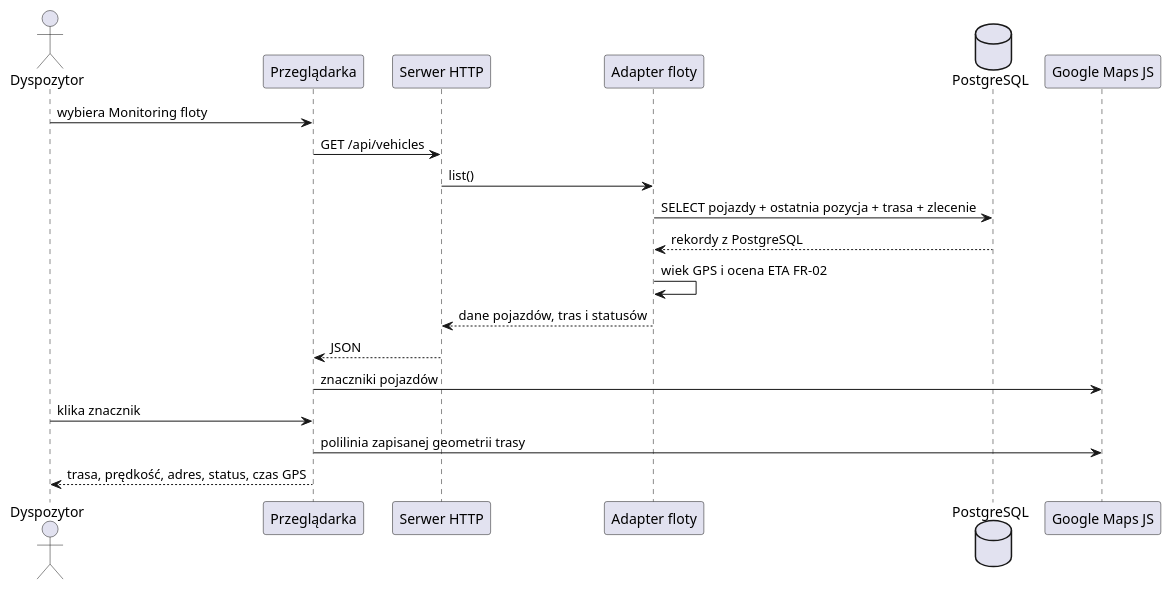
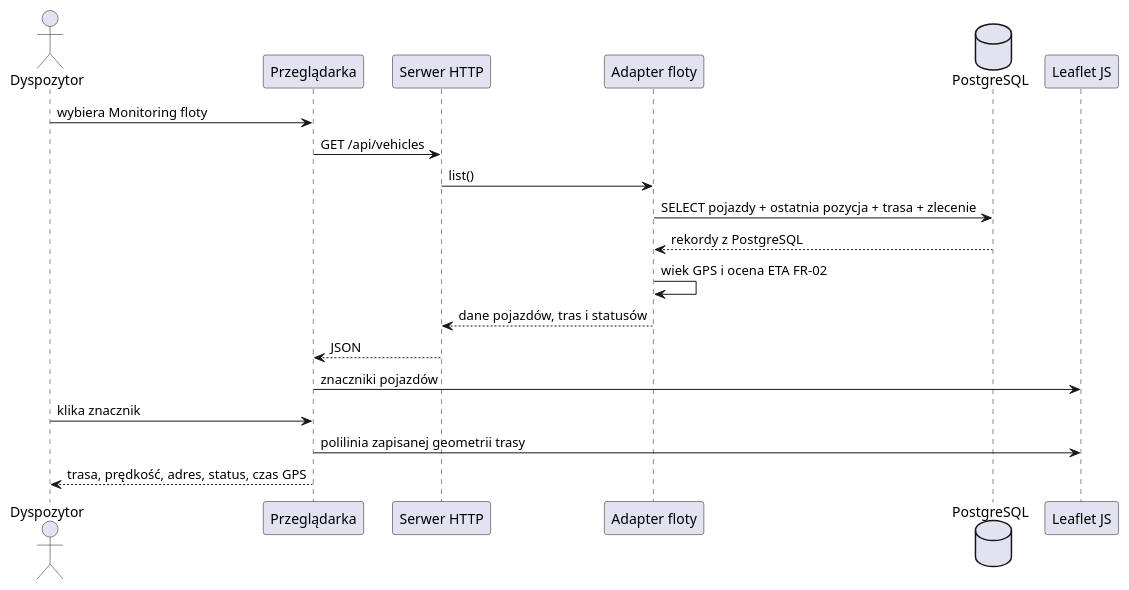
The third of 8 diagrams in docs/architektura.md (nossixd/5f-outpost), drawn with PlantUML before and after one commit. The commit also changed other lines of this file and 21 other files, not shown here.

Commit message:
Integracja monitorowania tras, Leaflet i migracja ERD

````diff
--- a/docs/architektura.md
+++ b/docs/architektura.md
@@ -100,22 +97,22 @@
 ```plantuml
 @startuml
 actor Dyspozytor
 participant "Przeglądarka" as UI
 participant "Serwer HTTP" as API
 participant "Adapter floty" as Fleet
 database PostgreSQL as DB
-participant "Google Maps JS" as Maps
+participant "Leaflet JS" as Maps
 Dyspozytor -> UI : wybiera Monitoring floty
 UI -> API : GET /api/vehicles
 API -> Fleet : list()
 Fleet -> DB : SELECT pojazdy + ostatnia pozycja + trasa + zlecenie
 DB --> Fleet : rekordy z PostgreSQL
 Fleet -> Fleet : wiek GPS i ocena ETA FR-02
 Fleet --> API : dane pojazdów, tras i statusów
 API --> UI : JSON
 UI -> Maps : znaczniki pojazdów
 Dyspozytor -> UI : klika znacznik
 UI -> Maps : polilinia zapisanej geometrii trasy
 UI --> Dyspozytor : trasa, prędkość, adres, status, czas GPS
 @enduml
 ```
````
